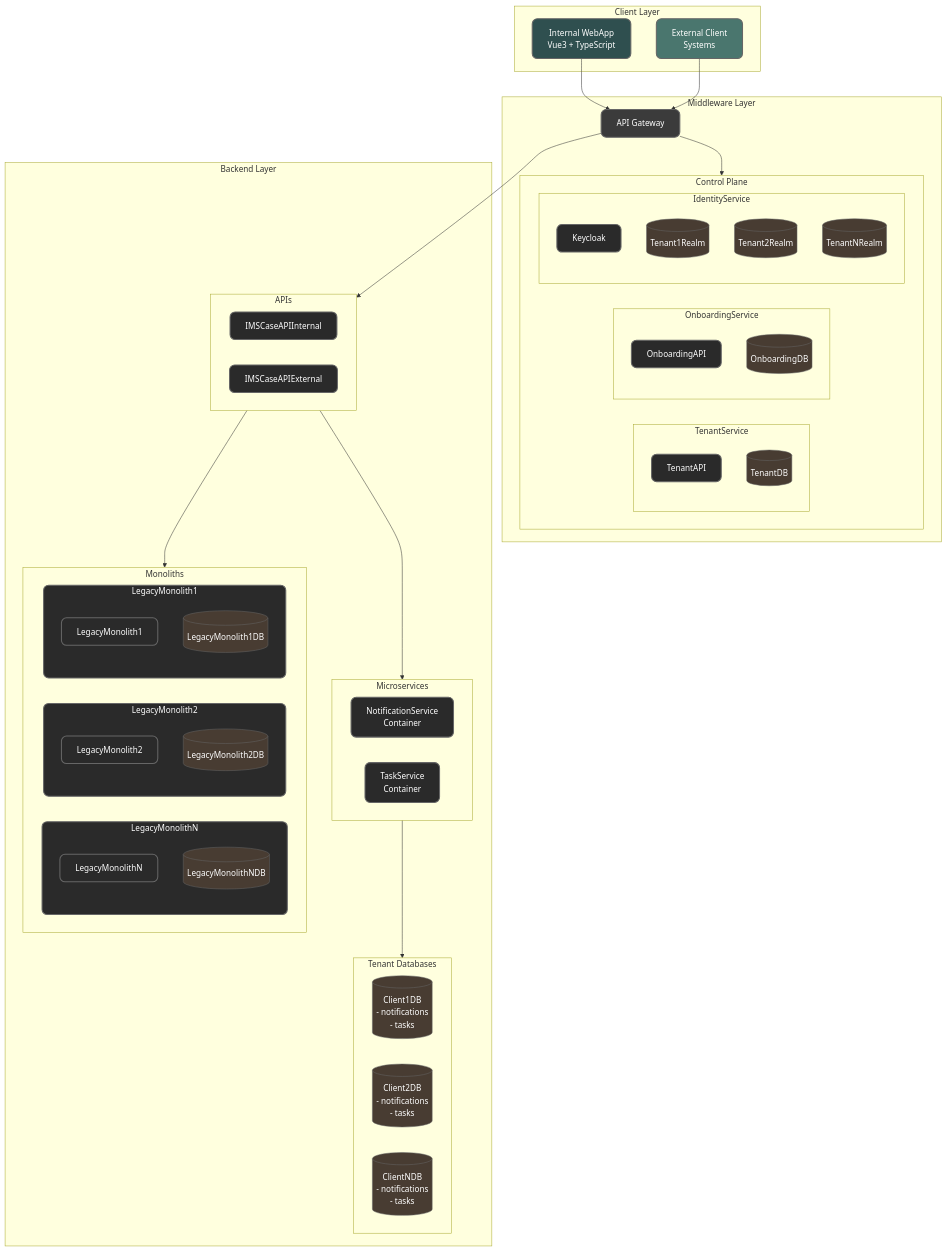
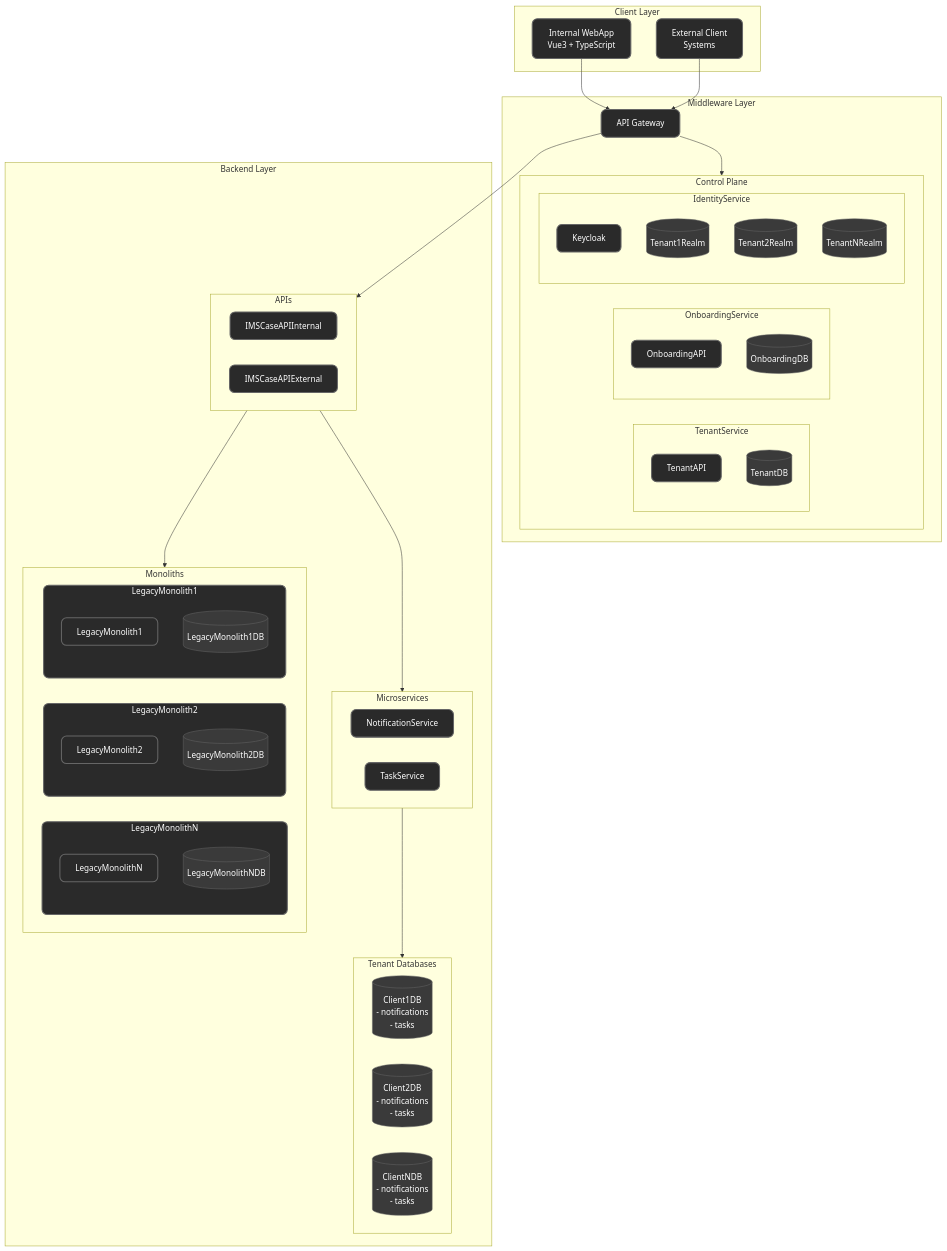
The diagram in Diagrams/New/DeploymentDiagram.md (rasmusulriksen/BachelorsProject), drawn with Mermaid before and after one commit.

Commit message:
Improved deployment diagram

```diff
--- a/Diagrams/New/DeploymentDiagram.md
+++ b/Diagrams/New/DeploymentDiagram.md
@@ -17,10 +17,10 @@
 flowchart TD
     classDef container fill:#2a2a2a,stroke:#666,stroke-width:2px,color:#fff,rx:10
     classDef plane fill:transparent,stroke:#666,stroke-width:2px,color:#fff
-    classDef database fill:#483C32,stroke:#666,stroke-width:1px,color:#fff
-    classDef gateway fill:#3B3B3B,stroke:#666,stroke-width:2px,color:#fff,rx:10
-    classDef webapp fill:#2F4F4F,stroke:#666,stroke-width:2px,color:#fff,rx:10
-    classDef client fill:#4A766E,stroke:#666,stroke-width:2px,color:#fff,rx:10
+    classDef database fill:#3a3a3a,stroke:#666,stroke-width:1px,color:#fff
+    classDef gateway fill:#2a2a2a,stroke:#666,stroke-width:2px,color:#fff,rx:10
+    classDef webapp fill:#2a2a2a,stroke:#666,stroke-width:2px,color:#fff,rx:10
+    classDef client fill:#2a2a2a,stroke:#666,stroke-width:2px,color:#fff,rx:10
     classDef monolith fill:#2a2a2a,stroke:#666,stroke-width:2px,color:#fff,rx:10
 
     subgraph ClientLayer["Client Layer"]
@@ -56,8 +56,8 @@
         end
 
             subgraph Services["Microservices"]
-                NotificationService["NotificationService<br>Container"]:::container
-                TaskService["TaskService<br>Container"]:::container
+                NotificationService["NotificationService"]:::container
+                TaskService["TaskService"]:::container
             end
 
             subgraph Monoliths["Monoliths"]
```
